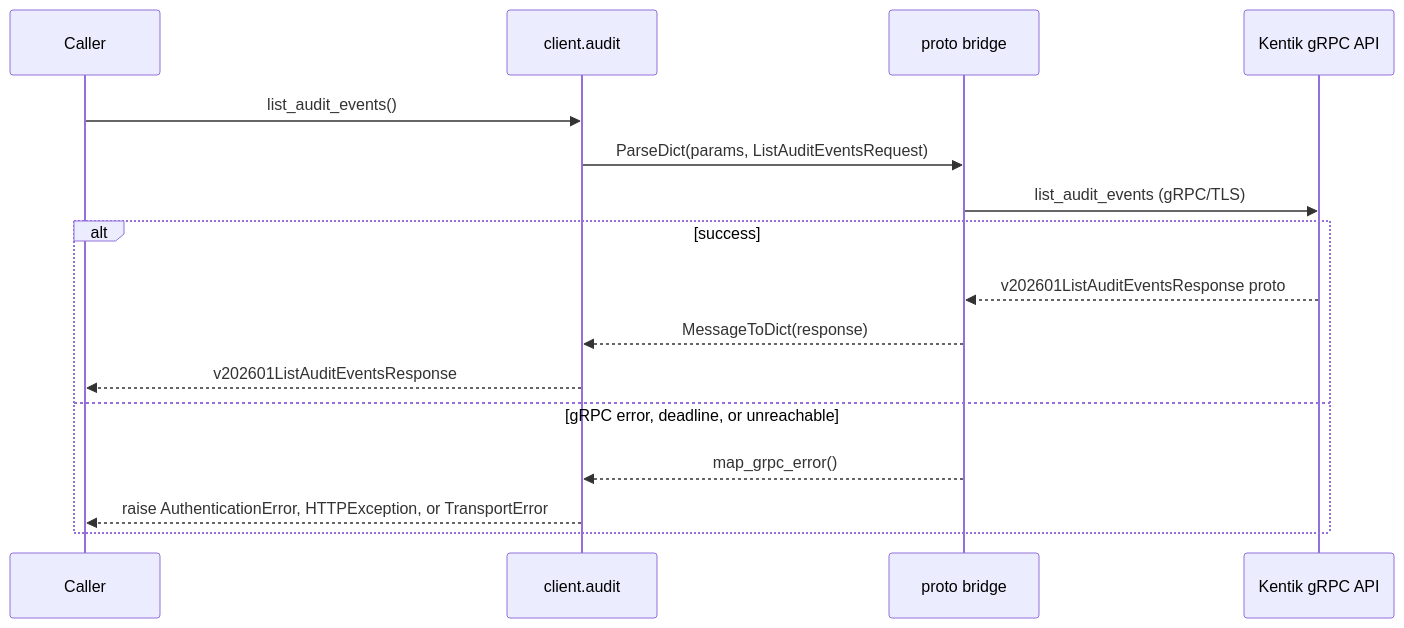
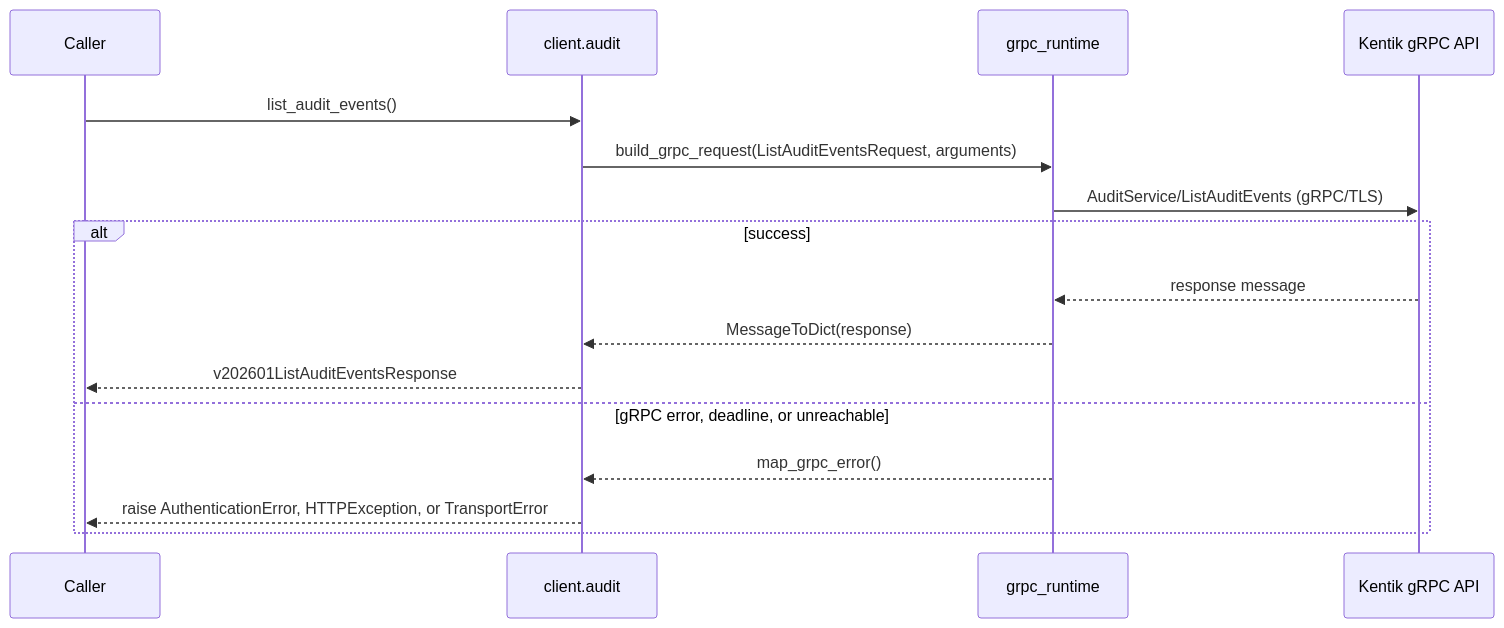
Before and after one commit to alexdearaujo/community_sdk_python: the third of 8 diagrams in docs/sphinx/services/audit.md, drawn with Mermaid. The commit also changed other lines of this file and 37 other files, not shown here.

First line of the commit message:
docs: show the real RPC in each service page's gRPC diagram

````diff
--- a/docs/sphinx/services/audit.md
+++ b/docs/sphinx/services/audit.md
@@ -59,19 +59,19 @@
 ```mermaid
 sequenceDiagram
     participant C as Caller
     participant W as client.audit
-    participant B as proto bridge
+    participant R as grpc_runtime
     participant API as Kentik gRPC API
 
     C->>W: list_audit_events()
-    W->>B: ParseDict(params, ListAuditEventsRequest)
-    B->>API: list_audit_events (gRPC/TLS)
+    W->>R: build_grpc_request(ListAuditEventsRequest, arguments)
+    R->>API: AuditService/ListAuditEvents (gRPC/TLS)
     alt success
-        API-->>B: v202601ListAuditEventsResponse proto
-        B-->>W: MessageToDict(response)
+        API-->>R: response message
+        R-->>W: MessageToDict(response)
         W-->>C: v202601ListAuditEventsResponse
     else gRPC error, deadline, or unreachable
-        B-->>W: map_grpc_error()
+        R-->>W: map_grpc_error()
         W-->>C: raise AuthenticationError, HTTPException, or TransportError
     end
 ```
````
